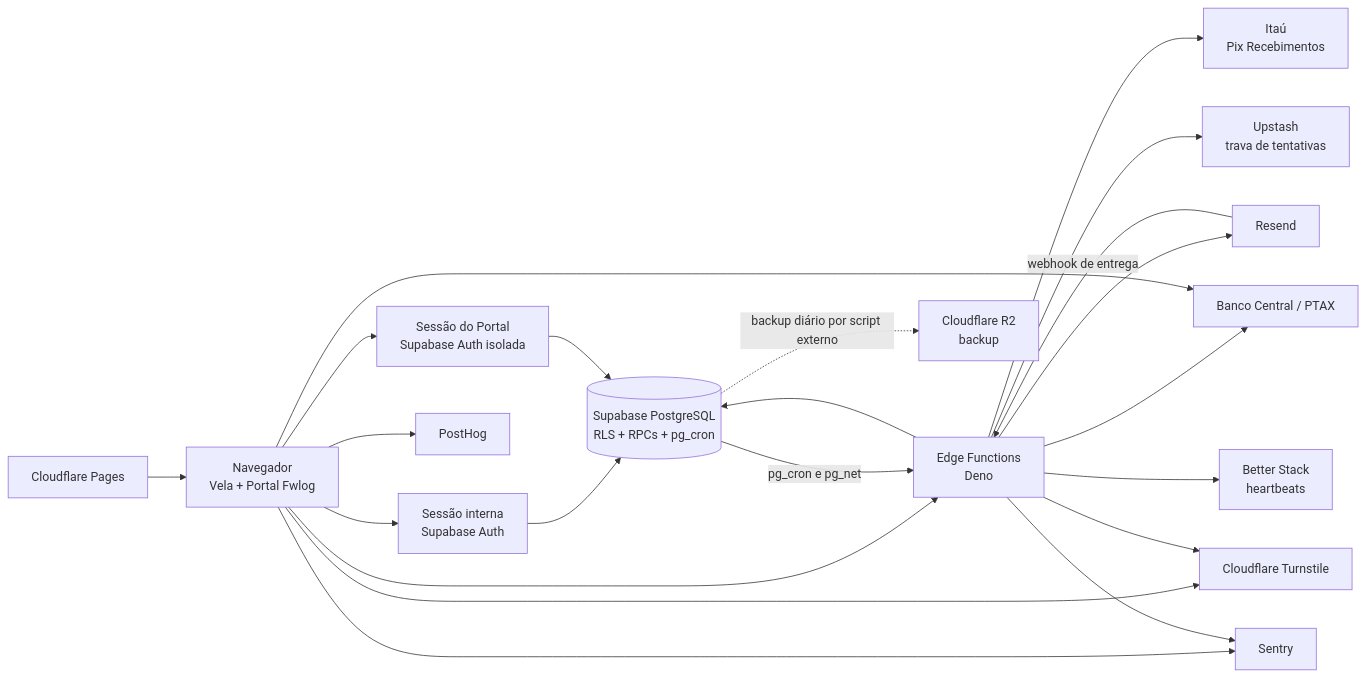
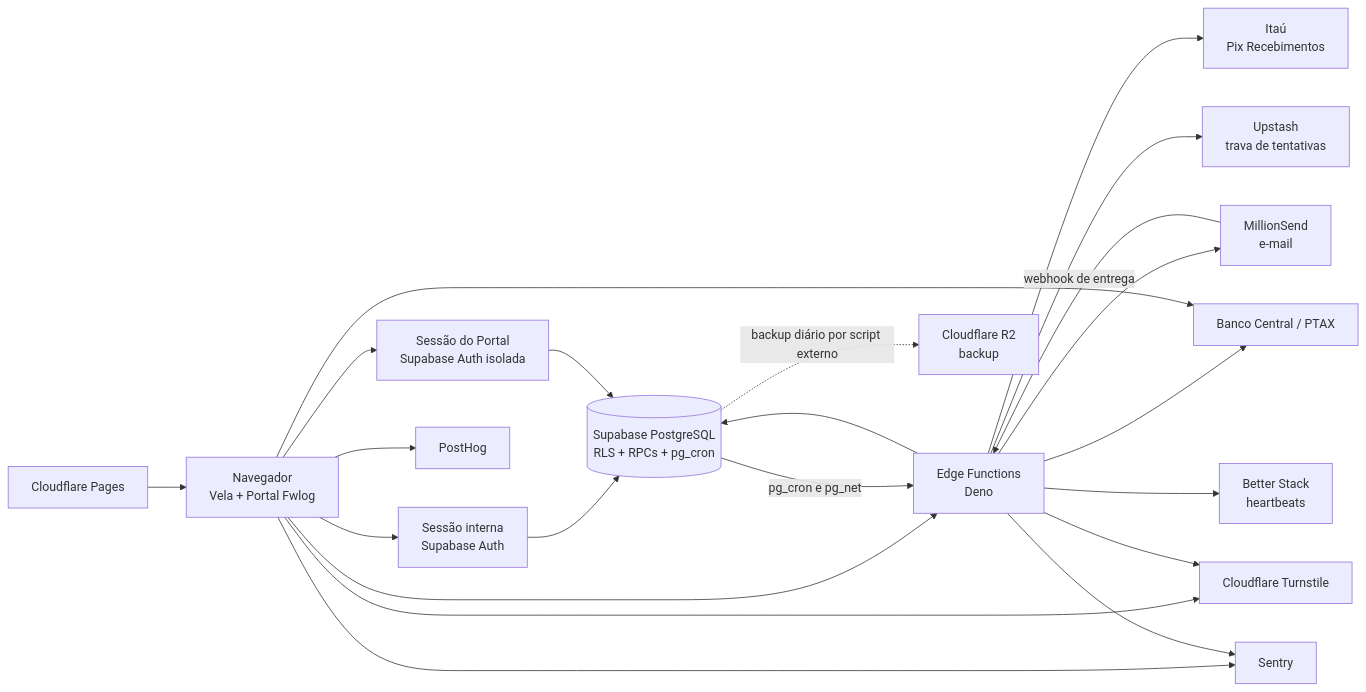
Before and after one commit to luccafwlog/vela: the first of 2 diagrams in docs/ARCHITECTURE.md, drawn with Mermaid. The commit also changed other lines of this file and 10 other files, not shown here.

First line of the commit message:
Registra a MillionSend como provedor de e-mail

````diff
--- a/docs/ARCHITECTURE.md
+++ b/docs/ARCHITECTURE.md
@@ -24,40 +24,40 @@
 ```mermaid
 flowchart LR
     Pages["Cloudflare Pages"]
     Browser["Navegador<br/>Vela + Portal Fwlog"]
     Internal["Sessão interna<br/>Supabase Auth"]
     Portal["Sessão do Portal<br/>Supabase Auth isolada"]
     Database[("Supabase PostgreSQL<br/>RLS + RPCs + pg_cron")]
     Functions["Edge Functions<br/>Deno"]
-    Resend["Resend"]
+    Resend["MillionSend<br/>e-mail"]
     BCB["Banco Central / PTAX"]
     Itau["Itaú<br/>Pix Recebimentos"]
     Upstash["Upstash<br/>trava de tentativas"]
     Turnstile["Cloudflare Turnstile"]
     Sentry["Sentry"]
     PostHog["PostHog"]
     BetterStack["Better Stack<br/>heartbeats"]
     R2["Cloudflare R2<br/>backup"]
 
     Pages --> Browser
     Browser --> Internal
     Browser --> Portal
     Internal --> Database
     Portal --> Database
     Browser --> Functions
     Database -->|pg_cron e pg_net| Functions
     Functions --> Database
     Functions --> Resend
     Resend -->|webhook de entrega| Functions
     Functions --> BCB
     Browser --> BCB
     Functions --> Itau
     Functions --> Upstash
     Browser --> Turnstile
     Functions --> Turnstile
     Browser --> Sentry
     Functions --> Sentry
     Browser --> PostHog
     Functions --> BetterStack
     Database -.->|backup diário por script externo| R2
 ```
````
